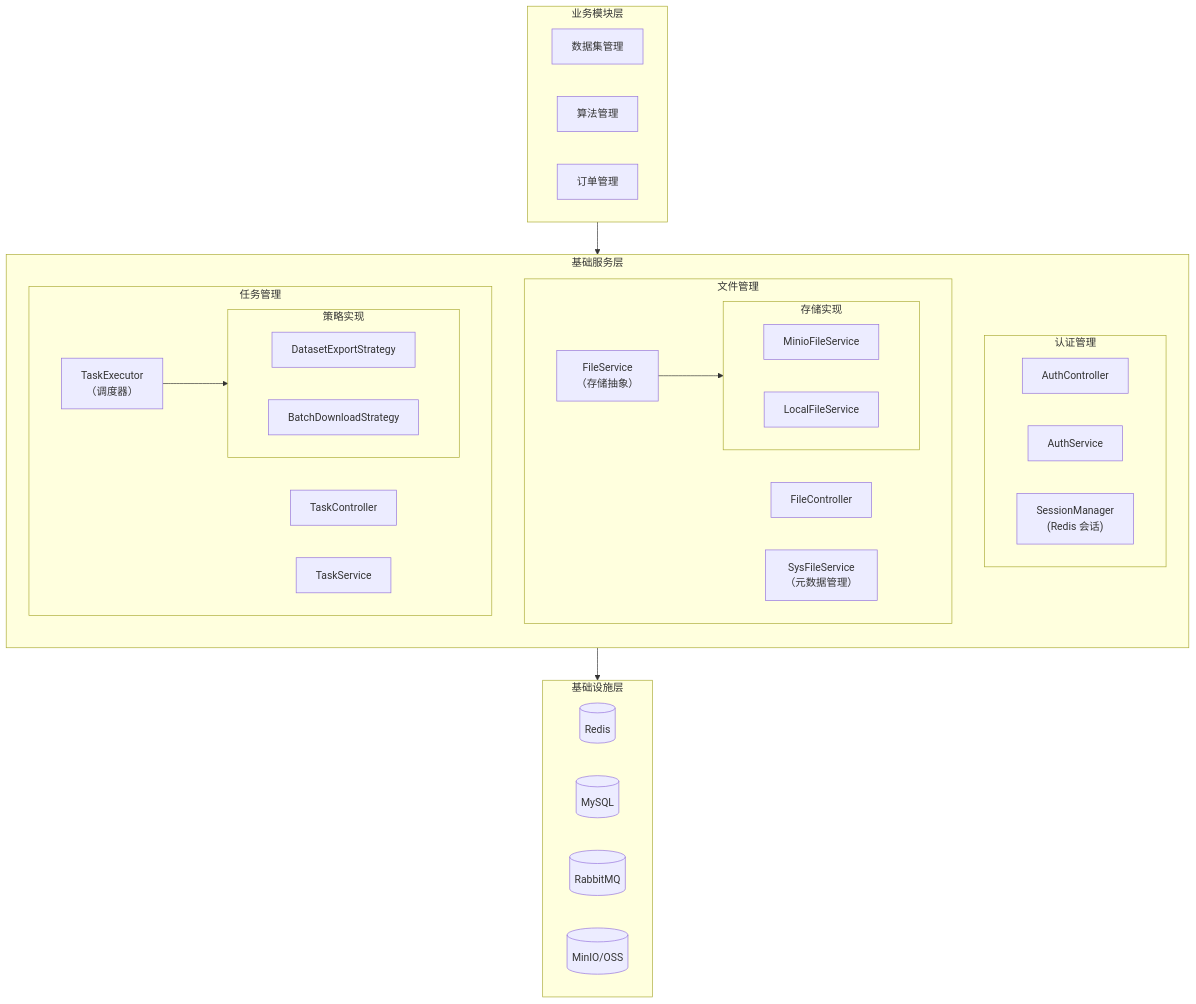
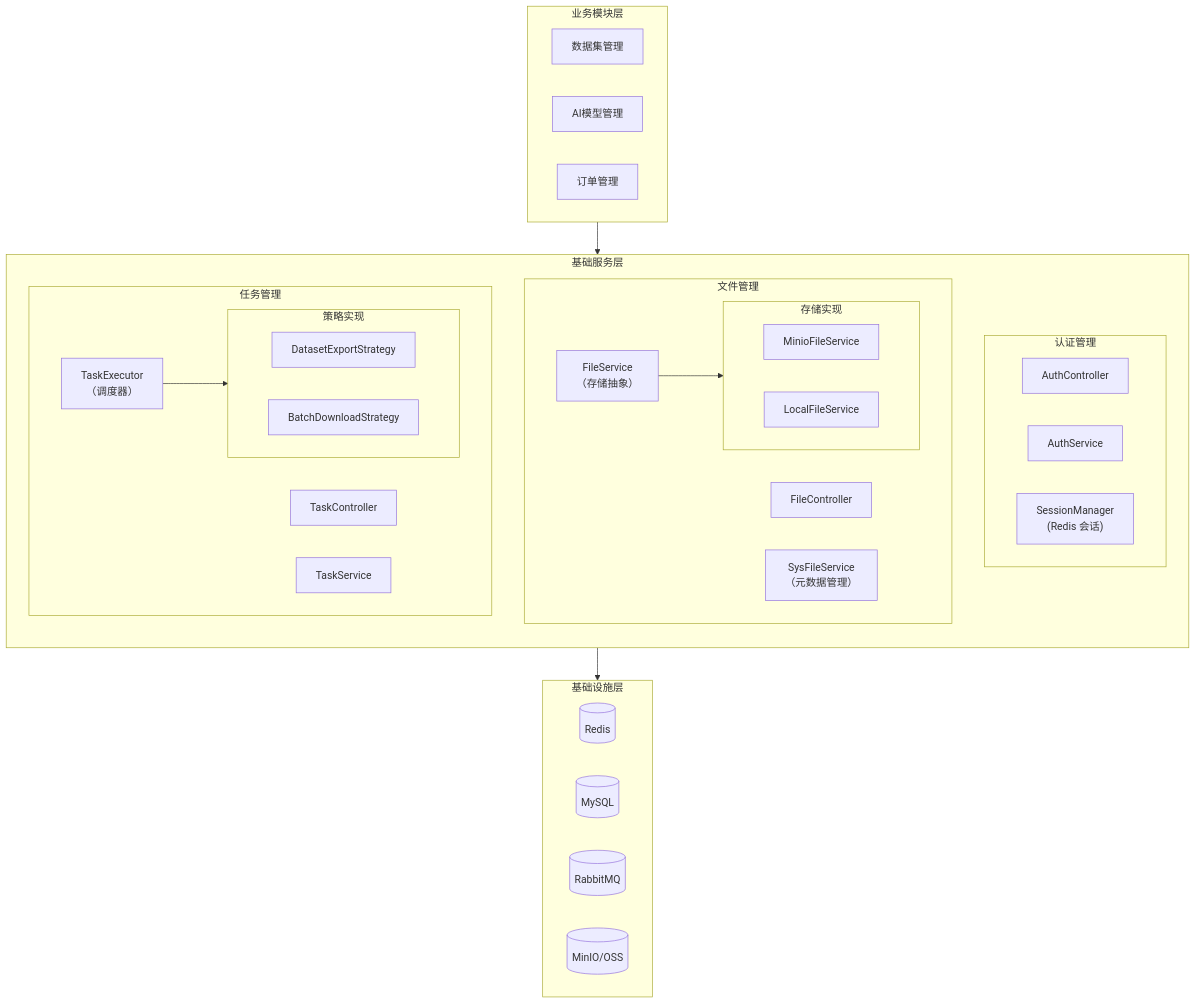
Before and after one commit to earthy-zinc/dehaze-system: the third of 5 diagrams in dehaze-doc/docs/02-系统架构/01-总体架构设计.md, drawn with Mermaid. The commit also changed other lines of this file and 239 other files, not shown here.

````diff
--- a/dehaze-doc/docs/02-系统架构/01-总体架构设计.md
+++ b/dehaze-doc/docs/02-系统架构/01-总体架构设计.md
@@ -198,52 +198,52 @@
 ```mermaid
 flowchart TB
     subgraph BusinessModules["业务模块层"]
         direction LR
         Dataset["数据集管理"]
-        Algorithm["算法管理"]
+        Algorithm["AI模型管理"]
         Order["订单管理"]
     end
 
     subgraph FoundationServices["基础服务层"]
         direction TB
 
         subgraph AuthModule["认证管理"]
             AuthController["AuthController"]
             AuthService["AuthService"]
             SessionMgr["SessionManager<br/>(Redis 会话)"]
         end
 
         subgraph FileModule["文件管理"]
             FileController["FileController"]
             SysFileService["SysFileService<br/>（元数据管理）"]
             FileService["FileService<br/>（存储抽象）"]
             subgraph StorageImpl["存储实现"]
                 MinIO["MinioFileService"]
                 Local["LocalFileService"]
             end
         end
 
         subgraph TaskModule["任务管理"]
             TaskController["TaskController"]
             TaskService["TaskService"]
             TaskExecutor["TaskExecutor<br/>（调度器）"]
             subgraph Strategies["策略实现"]
                 ExportStrategy["DatasetExportStrategy"]
                 DownloadStrategy["BatchDownloadStrategy"]
             end
         end
     end
 
     subgraph Infrastructure["基础设施层"]
         Redis[("Redis")]
         MySQL[("MySQL")]
         MQ[("RabbitMQ")]
         ObjectStorage[("MinIO/OSS")]
     end
 
     BusinessModules --> FoundationServices
     FoundationServices --> Infrastructure
 
     FileService --> StorageImpl
     TaskExecutor --> Strategies
 ```
````
